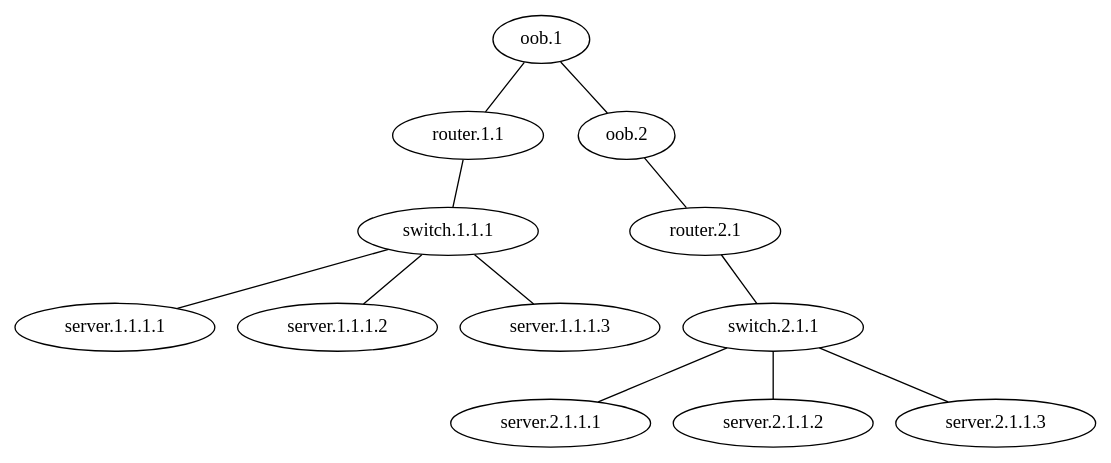
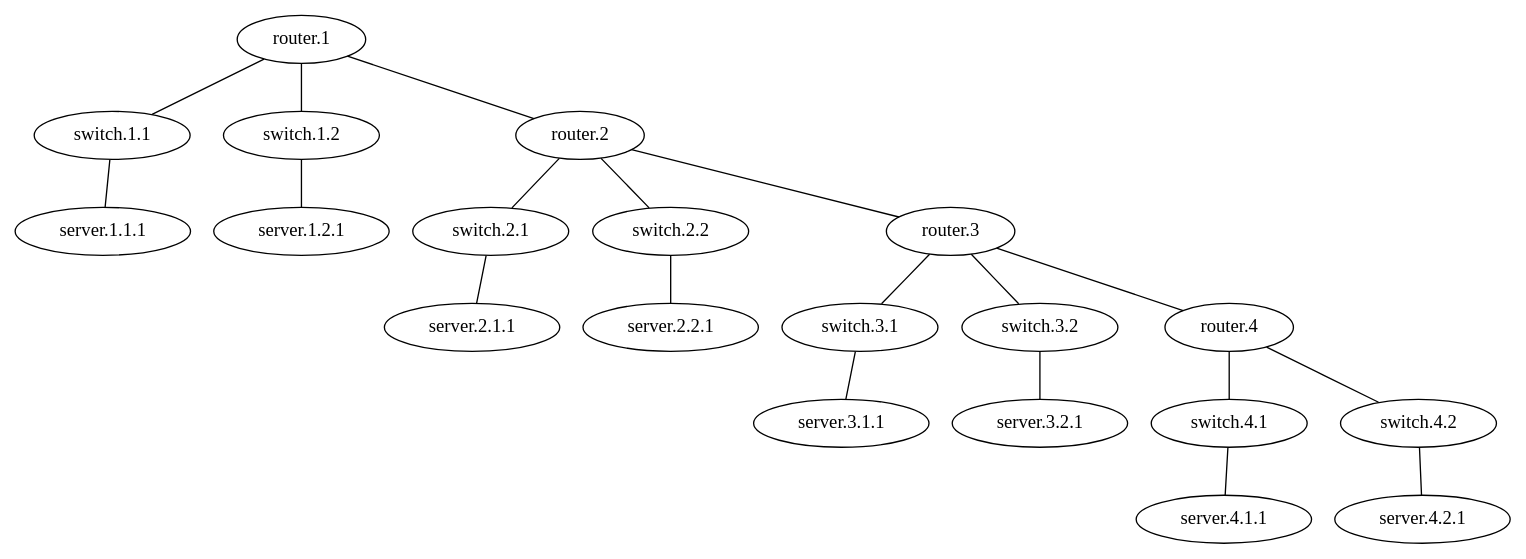
The diagram in TopologyGen/TopologyInfo/topology.dot (matferronato/TopologyGen), drawn with Graphviz before and after one commit. The commit also changed 118 other files, not shown here.

```diff
--- a/TopologyGen/TopologyInfo/topology.dot
+++ b/TopologyGen/TopologyInfo/topology.dot
@@ -1,35 +1,51 @@
 graph vx {
-"oob.1" [function="leaf" vagrant="eth1" os="hashicorp/bionic64" version="1.0.282" memory="500" config="./helper_scripts/config_production_switch.sh" ] 
-"router.1.1" [function="leaf" vagrant="eth1" os="hashicorp/bionic64" version="1.0.282" memory="500" config="./helper_scripts/config_production_switch.sh" ] 
-"switch.1.1.1" [function="leaf" vagrant="eth1" os="hashicorp/bionic64" version="1.0.282" memory="500" config="./helper_scripts/config_production_switch.sh" ] 
-"server.1.1.1.1" [function="leaf" vagrant="eth1" os="hashicorp/bionic64" version="1.0.282" memory="500" config="./helper_scripts/config_production_switch.sh" ] 
-"server.1.1.1.2" [function="leaf" vagrant="eth1" os="hashicorp/bionic64" version="1.0.282" memory="500" config="./helper_scripts/config_production_switch.sh" ] 
-"server.1.1.1.3" [function="leaf" vagrant="eth1" os="hashicorp/bionic64" version="1.0.282" memory="500" config="./helper_scripts/config_production_switch.sh" ] 
-"oob.2" [function="leaf" vagrant="eth1" os="hashicorp/bionic64" version="1.0.282" memory="500" config="./helper_scripts/config_production_switch.sh" ] 
-"router.2.1" [function="leaf" vagrant="eth1" os="hashicorp/bionic64" version="1.0.282" memory="500" config="./helper_scripts/config_production_switch.sh" ] 
-"switch.2.1.1" [function="leaf" vagrant="eth1" os="hashicorp/bionic64" version="1.0.282" memory="500" config="./helper_scripts/config_production_switch.sh" ] 
-"server.2.1.1.1" [function="leaf" vagrant="eth1" os="hashicorp/bionic64" version="1.0.282" memory="500" config="./helper_scripts/config_production_switch.sh" ] 
-"server.2.1.1.2" [function="leaf" vagrant="eth1" os="hashicorp/bionic64" version="1.0.282" memory="500" config="./helper_scripts/config_production_switch.sh" ] 
-"server.2.1.1.3" [function="leaf" vagrant="eth1" os="hashicorp/bionic64" version="1.0.282" memory="500" config="./helper_scripts/config_production_switch.sh" ] 
-"oob.1":"eth1" -- "router.1.1":"eth50"
-"router.1.1":"eth1" -- "switch.1.1.1":"eth50"
-"switch.1.1.1":"eth1" -- "server.1.1.1.1":"eth50"
+"router.1" [function="leaf" vagrant="eth1" os="hashicorp/bionic64" version="1.0.282" memory="500" config="./helper_scripts/config_production_switch.sh" ] 
+"switch.1.1" [function="leaf" vagrant="eth1" os="hashicorp/bionic64" version="1.0.282" memory="500" config="./helper_scripts/config_production_switch.sh" ] 
+"server.1.1.1" [function="leaf" vagrant="eth1" os="hashicorp/bionic64" version="1.0.282" memory="500" config="./helper_scripts/config_production_switch.sh" ] 
+"switch.1.2" [function="leaf" vagrant="eth1" os="hashicorp/bionic64" version="1.0.282" memory="500" config="./helper_scripts/config_production_switch.sh" ] 
+"server.1.2.1" [function="leaf" vagrant="eth1" os="hashicorp/bionic64" version="1.0.282" memory="500" config="./helper_scripts/config_production_switch.sh" ] 
+"router.2" [function="leaf" vagrant="eth1" os="hashicorp/bionic64" version="1.0.282" memory="500" config="./helper_scripts/config_production_switch.sh" ] 
+"switch.2.1" [function="leaf" vagrant="eth1" os="hashicorp/bionic64" version="1.0.282" memory="500" config="./helper_scripts/config_production_switch.sh" ] 
+"server.2.1.1" [function="leaf" vagrant="eth1" os="hashicorp/bionic64" version="1.0.282" memory="500" config="./helper_scripts/config_production_switch.sh" ] 
+"switch.2.2" [function="leaf" vagrant="eth1" os="hashicorp/bionic64" version="1.0.282" memory="500" config="./helper_scripts/config_production_switch.sh" ] 
+"server.2.2.1" [function="leaf" vagrant="eth1" os="hashicorp/bionic64" version="1.0.282" memory="500" config="./helper_scripts/config_production_switch.sh" ] 
+"router.3" [function="leaf" vagrant="eth1" os="hashicorp/bionic64" version="1.0.282" memory="500" config="./helper_scripts/config_production_switch.sh" ] 
+"switch.3.1" [function="leaf" vagrant="eth1" os="hashicorp/bionic64" version="1.0.282" memory="500" config="./helper_scripts/config_production_switch.sh" ] 
+"server.3.1.1" [function="leaf" vagrant="eth1" os="hashicorp/bionic64" version="1.0.282" memory="500" config="./helper_scripts/config_production_switch.sh" ] 
+"switch.3.2" [function="leaf" vagrant="eth1" os="hashicorp/bionic64" version="1.0.282" memory="500" config="./helper_scripts/config_production_switch.sh" ] 
+"server.3.2.1" [function="leaf" vagrant="eth1" os="hashicorp/bionic64" version="1.0.282" memory="500" config="./helper_scripts/config_production_switch.sh" ] 
+"router.4" [function="leaf" vagrant="eth1" os="hashicorp/bionic64" version="1.0.282" memory="500" config="./helper_scripts/config_production_switch.sh" ] 
+"switch.4.1" [function="leaf" vagrant="eth1" os="hashicorp/bionic64" version="1.0.282" memory="500" config="./helper_scripts/config_production_switch.sh" ] 
+"server.4.1.1" [function="leaf" vagrant="eth1" os="hashicorp/bionic64" version="1.0.282" memory="500" config="./helper_scripts/config_production_switch.sh" ] 
+"switch.4.2" [function="leaf" vagrant="eth1" os="hashicorp/bionic64" version="1.0.282" memory="500" config="./helper_scripts/config_production_switch.sh" ] 
+"server.4.2.1" [function="leaf" vagrant="eth1" os="hashicorp/bionic64" version="1.0.282" memory="500" config="./helper_scripts/config_production_switch.sh" ] 
+"router.1":"eth1" -- "switch.1.1":"eth50"
+"switch.1.1":"eth1" -- "server.1.1.1":"eth50"
 
-"switch.1.1.1":"eth2" -- "server.1.1.1.2":"eth50"
+"router.1":"eth2" -- "switch.1.2":"eth50"
+"switch.1.2":"eth1" -- "server.1.2.1":"eth50"
 
-"switch.1.1.1":"eth3" -- "server.1.1.1.3":"eth50"
+"router.2":"eth1" -- "switch.2.1":"eth50"
+"switch.2.1":"eth1" -- "server.2.1.1":"eth50"
+
+"router.2":"eth2" -- "switch.2.2":"eth50"
+"switch.2.2":"eth1" -- "server.2.2.1":"eth50"
+
+"router.3":"eth1" -- "switch.3.1":"eth50"
+"switch.3.1":"eth1" -- "server.3.1.1":"eth50"
+
+"router.3":"eth2" -- "switch.3.2":"eth50"
+"switch.3.2":"eth1" -- "server.3.2.1":"eth50"
+
+"router.4":"eth1" -- "switch.4.1":"eth50"
+"switch.4.1":"eth1" -- "server.4.1.1":"eth50"
+
+"router.4":"eth2" -- "switch.4.2":"eth50"
+"switch.4.2":"eth1" -- "server.4.2.1":"eth50"
 
 
-"oob.2":"eth1" -- "router.2.1":"eth50"
-"router.2.1":"eth1" -- "switch.2.1.1":"eth50"
-"switch.2.1.1":"eth1" -- "server.2.1.1.1":"eth50"
-
-"switch.2.1.1":"eth2" -- "server.2.1.1.2":"eth50"
-
-"switch.2.1.1":"eth3" -- "server.2.1.1.3":"eth50"
-
-
-
-"oob.1":"eth50" -- "oob.2":"eth49"
+"router.1":"eth50" -- "router.2":"eth49"
+"router.2":"eth50" -- "router.3":"eth49"
+"router.3":"eth50" -- "router.4":"eth49"
 
 }
```
